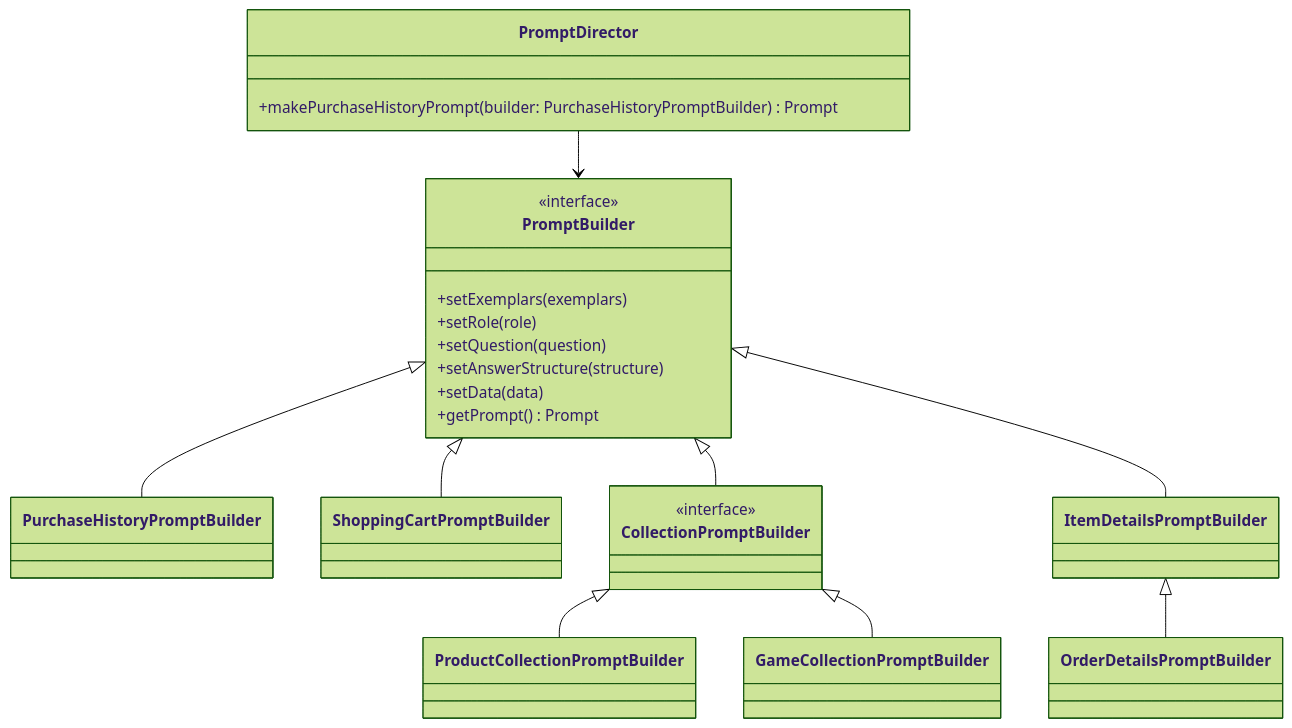
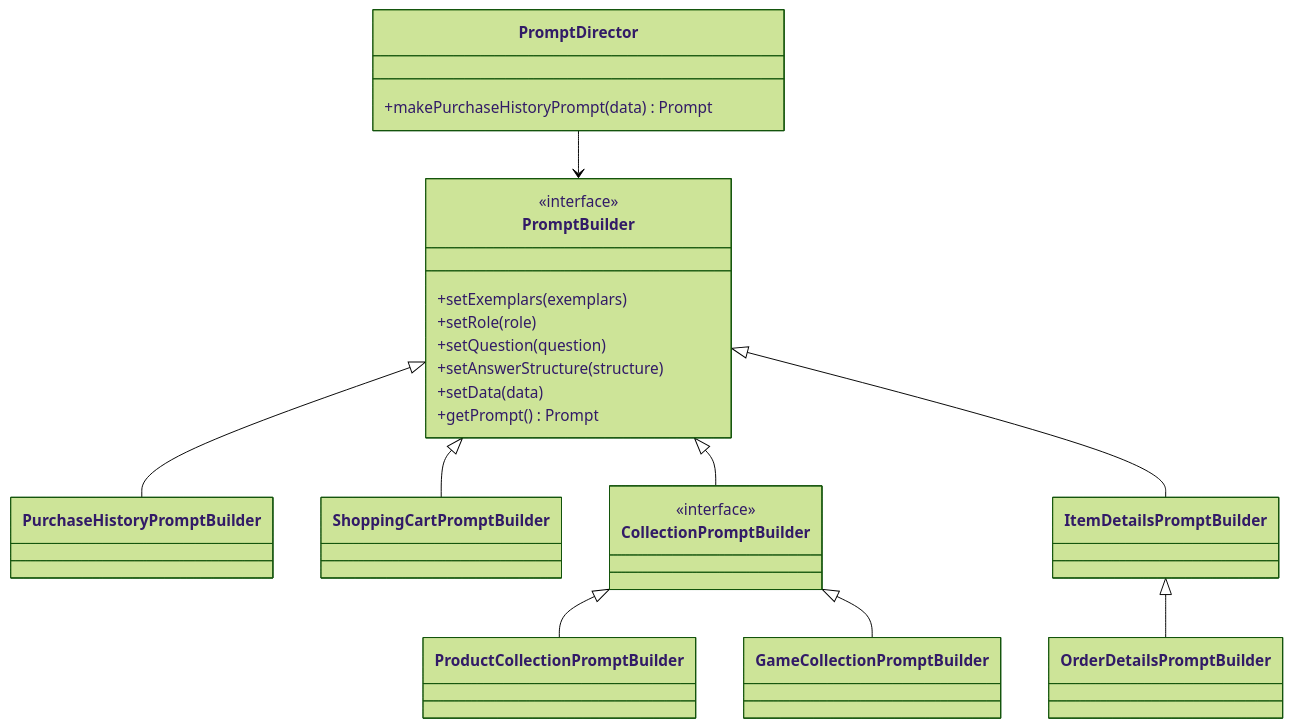
The third of 3 diagrams in documentation/ai-scraper/README.md (SnickerdoodleLabs/protocol), drawn with Mermaid (forest theme) before and after one commit. The commit also changed 15 other files, not shown here.

````diff
--- a/documentation/ai-scraper/README.md
+++ b/documentation/ai-scraper/README.md
@@ -124,60 +124,60 @@
 ```mermaid
 classDiagram
 
     class PromptDirector {
-        +makePurchaseHistoryPrompt(builder: PurchaseHistoryPromptBuilder) Prompt
+        +makePurchaseHistoryPrompt(data) Prompt
     }
 
     PromptDirector --> PromptBuilder
 
     class PromptBuilder {
         <<interface>>
         +setExemplars(exemplars)
         +setRole(role)
         +setQuestion(question)
         +setAnswerStructure(structure)
         +setData(data)
         +getPrompt() Prompt
     }
     
     class PurchaseHistoryPromptBuilder {
 
     }
     PromptBuilder <|-- PurchaseHistoryPromptBuilder
 
     class ShoppingCartPromptBuilder {
 
     }
     PromptBuilder <|-- ShoppingCartPromptBuilder
 
     %% Collection prompts
 
     class CollectionPromptBuilder {
 
         <<interface>>
     }
     PromptBuilder <|-- CollectionPromptBuilder
 
     class ProductCollectionPromptBuilder {
 
     }
     CollectionPromptBuilder <|-- ProductCollectionPromptBuilder
 
     class GameCollectionPromptBuilder {
 
     }
     CollectionPromptBuilder <|-- GameCollectionPromptBuilder
 
     
     %% Single Item Prompts
     class ItemDetailsPromptBuilder {
 
     }
     PromptBuilder <|-- ItemDetailsPromptBuilder
 
     class OrderDetailsPromptBuilder {
 
     }
     ItemDetailsPromptBuilder <|-- OrderDetailsPromptBuilder
 
 ```
````
